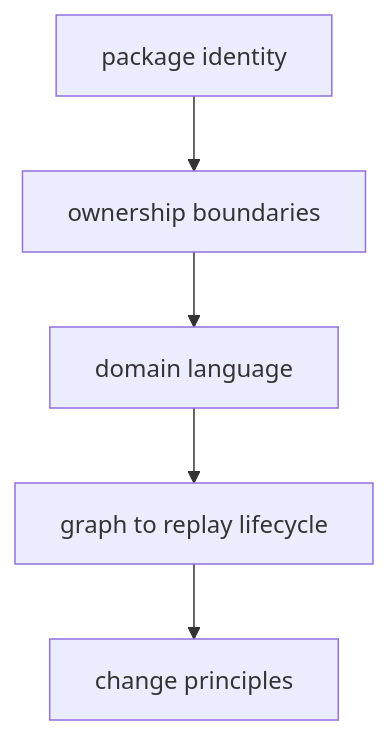
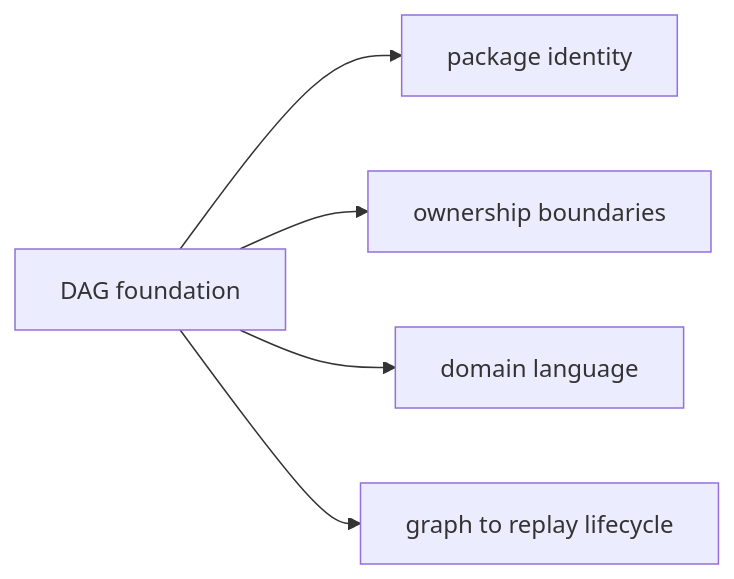
One commit to bijux/bijux-cli changed the diagram in docs/bijux-dag/foundation/index.md. Above: the diagram before and after it, drawn with Mermaid. The commit also changed other lines of this file, not shown here.

Commit message:
docs(dag-foundation): simplify the graph foundation entry

````diff
--- a/docs/bijux-dag/foundation/index.md
+++ b/docs/bijux-dag/foundation/index.md
@@ -18,7 +18,7 @@
 ```mermaid
-flowchart TD
-    identity["package identity"] --> boundaries["ownership boundaries"]
-    boundaries --> language["domain language"]
-    language --> lifecycle["graph to replay lifecycle"]
-    lifecycle --> principles["change principles"]
+flowchart LR
+    foundation["DAG foundation"] --> identity["package identity"]
+    foundation --> boundaries["ownership boundaries"]
+    foundation --> language["domain language"]
+    foundation --> lifecycle["graph to replay lifecycle"]
 ```
````
